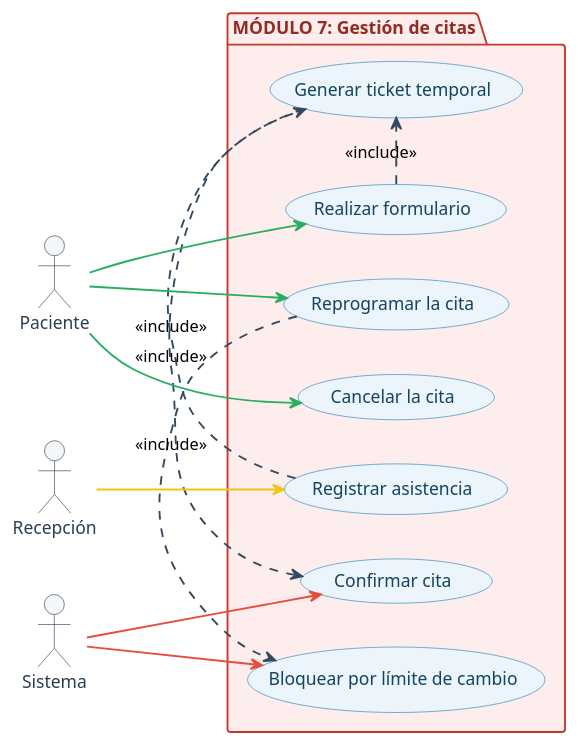
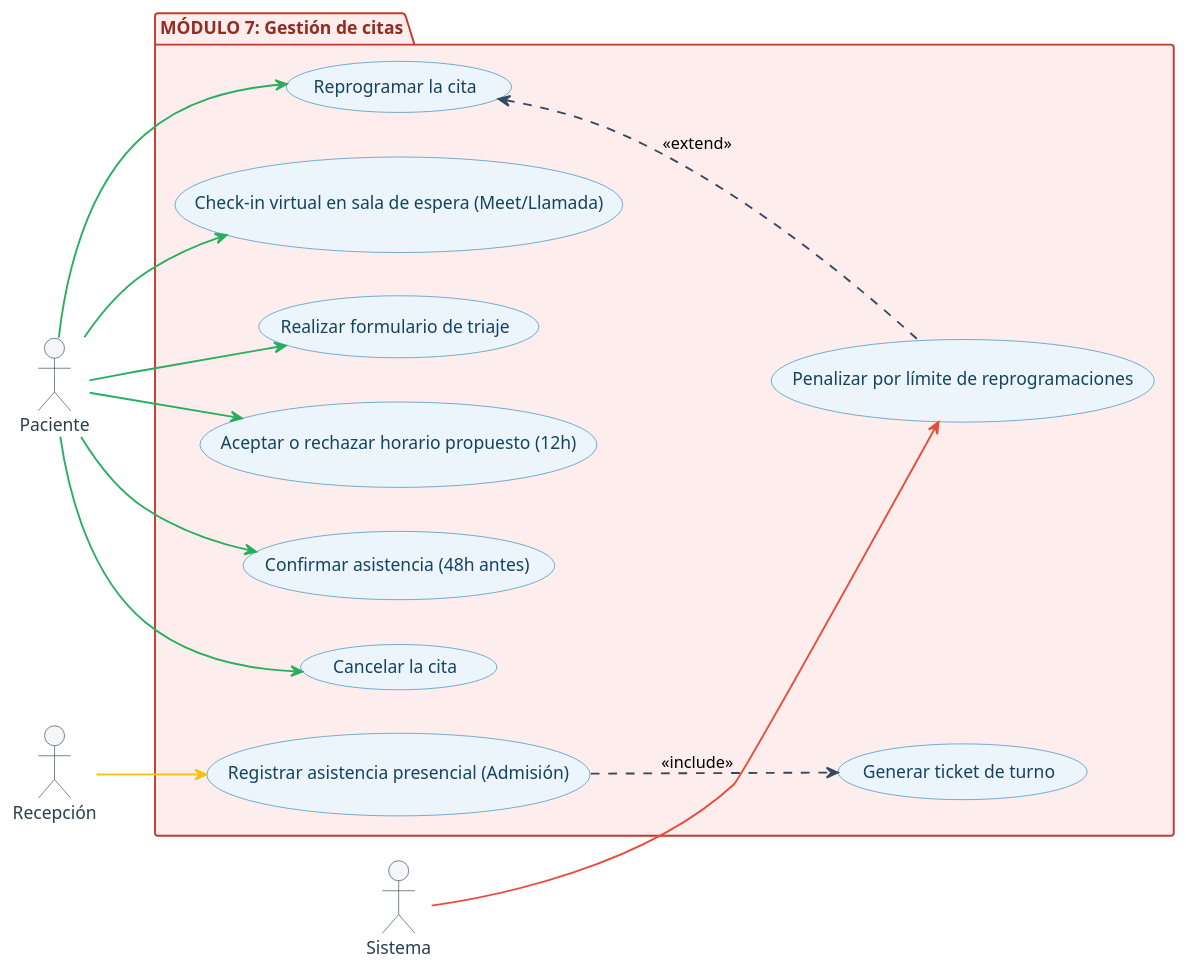
Before and after one commit to aron-quito/si-salud: the diagram in docs/diagrams/casos_de_uso/modulo_7_gestion_citas.puml, drawn with PlantUML. The commit also changed 21 other files, not shown here.

```diff
--- a/docs/diagrams/casos_de_uso/modulo_7_gestion_citas.puml
+++ b/docs/diagrams/casos_de_uso/modulo_7_gestion_citas.puml
@@ -1,54 +1,56 @@
 @startuml
 left to right direction
 
 skinparam shadowing false
 skinparam actor {
   BackgroundColor #F4F6F7
   BorderColor #2C3E50
   FontColor #2C3E50
 }
 skinparam usecase {
   BackgroundColor #EBF5FB
   BorderColor #2980B9
   FontColor #154360
   ArrowColor #2980B9
 }
 skinparam arrow {
   Color #34495E
   Thickness 1.5
 }
 skinparam package {
   BackgroundColor #FDEDEC
   BorderColor #C0392B
   FontColor #922B21
 }
 
 
 actor "Paciente" as Pac
 actor "Recepción" as Rec
 actor "Sistema" as Sis
 
 package "MÓDULO 7: Gestión de citas" {
-  usecase "Realizar formulario" as UC1
-  usecase "Generar ticket temporal" as UC2
-  usecase "Confirmar cita" as UC3
+  usecase "Realizar formulario de triaje" as UC1
+  usecase "Aceptar o rechazar horario propuesto (12h)" as UC8
+  usecase "Generar ticket de turno" as UC2
+  usecase "Confirmar asistencia (48h antes)" as UC3
   usecase "Cancelar la cita" as UC4
   usecase "Reprogramar la cita" as UC5
-  usecase "Bloquear por límite de cambio" as UC6
-  usecase "Registrar asistencia" as UC7
+  usecase "Penalizar por límite de reprogramaciones" as UC6
+  usecase "Registrar asistencia presencial (Admisión)" as UC7
+  usecase "Check-in virtual en sala de espera (Meet/Llamada)" as UC9
 }
 
-UC1 .> UC2 : <<include>>
-UC2 .> UC3 : <<include>>
-UC5 .> UC6 : <<include>>
-UC7 .> UC2 : <<include>>
+UC5 <.. UC6 : <<extend>>
+UC7 ..> UC2 : <<include>>
 
 Pac -[#27AE60]-> UC1
+Pac -[#27AE60]-> UC8
+Pac -[#27AE60]-> UC3
 Pac -[#27AE60]-> UC4
 Pac -[#27AE60]-> UC5
+Pac -[#27AE60]-> UC9
 
-Sis -[#E74C3C]-> UC3
 Sis -[#E74C3C]-> UC6
 
 Rec -[#F1C40F]-> UC7
 @enduml
```
